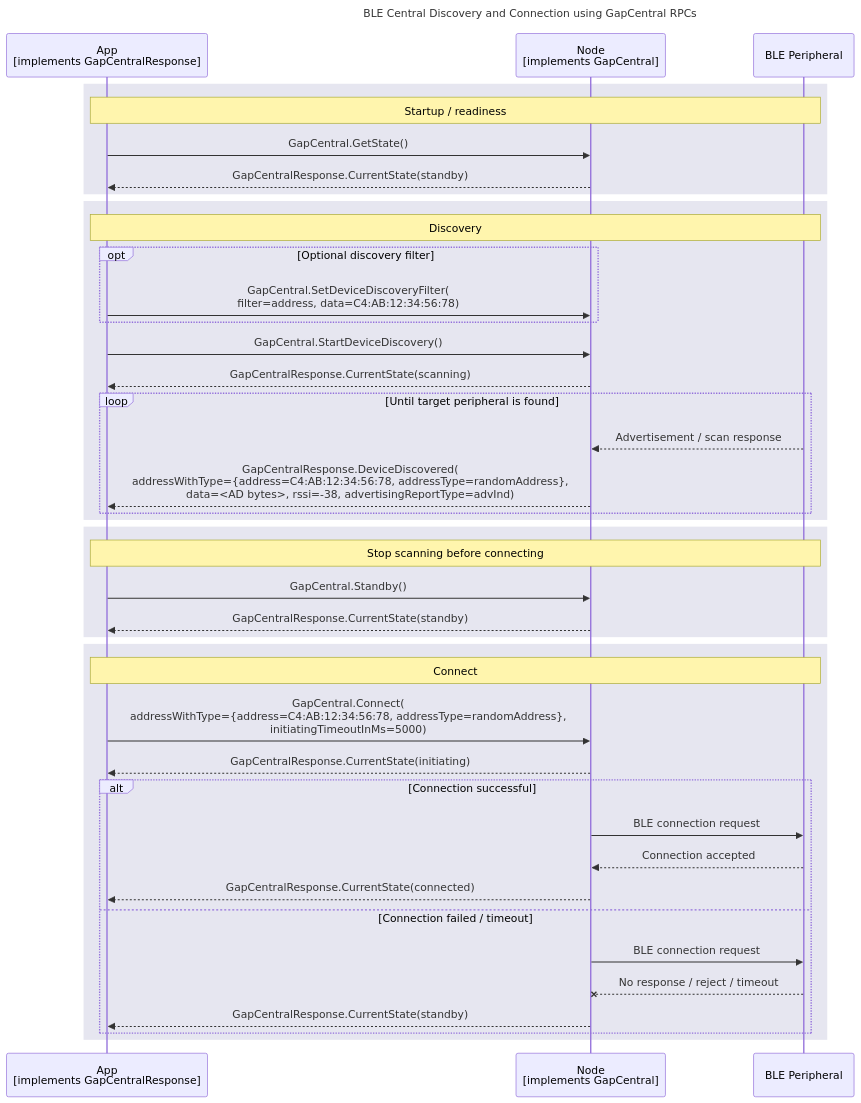
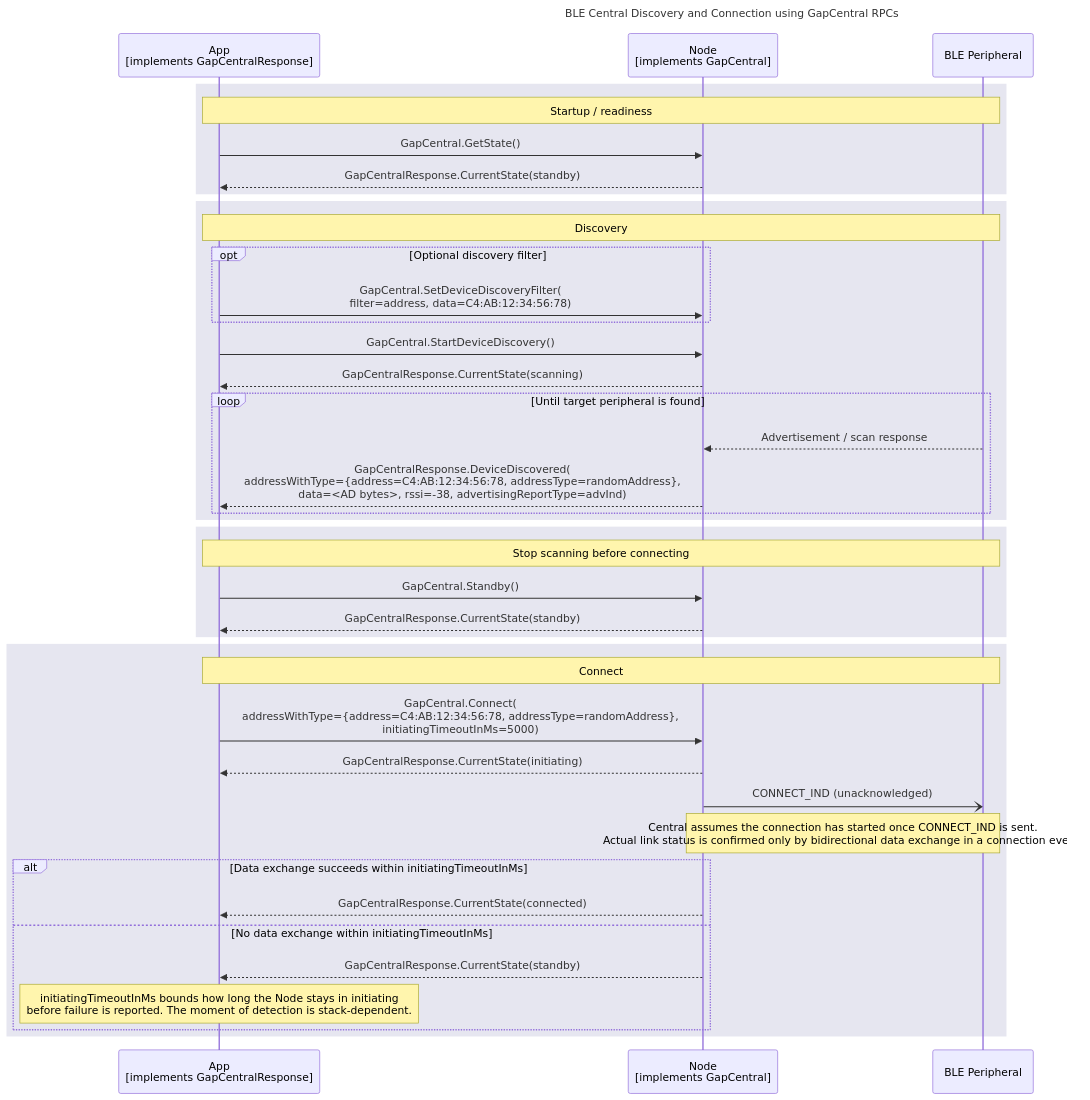
Before and after one commit to philips-software/amp-embedded-infra-lib: the diagram in documents/modules/ROOT/partials/echoservices/gap_central/GapCentral_DiscoveryAndConnection_sequence.mmd, drawn with Mermaid. The commit also changed 5 other files, not shown here.

Commit message:
CONNECT_IND assumption when connected

```diff
--- a/documents/modules/ROOT/partials/echoservices/gap_central/GapCentral_DiscoveryAndConnection_sequence.mmd
+++ b/documents/modules/ROOT/partials/echoservices/gap_central/GapCentral_DiscoveryAndConnection_sequence.mmd
@@ -1,48 +1,48 @@
 sequenceDiagram
     title BLE Central Discovery and Connection using GapCentral RPCs
 
     participant App as App<br>[implements GapCentralResponse]
     participant Node as Node<br>[implements GapCentral]
     participant Peripheral as BLE Peripheral
 
     rect rgb(230, 230, 240)
         note over App, Peripheral: Startup / readiness
         App->>Node: GapCentral.GetState()
         Node-->>App: GapCentralResponse.CurrentState(standby)
     end
 
     rect rgb(230, 230, 240)
         note over App, Peripheral: Discovery
         opt Optional discovery filter
             App->>Node: GapCentral.SetDeviceDiscoveryFilter(<br>filter=address, data=C4:AB:12:34:56:78)
         end
         App->>Node: GapCentral.StartDeviceDiscovery()
         Node-->>App: GapCentralResponse.CurrentState(scanning)
 
         loop Until target peripheral is found
             Peripheral-->>Node: Advertisement / scan response
             Node-->>App: GapCentralResponse.DeviceDiscovered(<br>addressWithType={address=C4:AB:12:34:56:78, addressType=randomAddress},<br>data=<AD bytes>, rssi=-38, advertisingReportType=advInd)
         end
     end
 
     rect rgb(230, 230, 240)
         note over App, Peripheral: Stop scanning before connecting
         App->>Node: GapCentral.Standby()
         Node-->>App: GapCentralResponse.CurrentState(standby)
     end
 
     rect rgb(230, 230, 240)
         note over App, Peripheral: Connect
         App->>Node: GapCentral.Connect(<br>addressWithType={address=C4:AB:12:34:56:78, addressType=randomAddress},<br>initiatingTimeoutInMs=5000)
         Node-->>App: GapCentralResponse.CurrentState(initiating)
 
-        alt Connection successful
-            Node->>Peripheral: BLE connection request
-            Peripheral-->>Node: Connection accepted
+        Node-)Peripheral: CONNECT_IND (unacknowledged)
+        Note over Node, Peripheral: Central assumes the connection has started once CONNECT_IND is sent.<br>Actual link status is confirmed only by bidirectional data exchange in a connection event.
+
+        alt Data exchange succeeds within initiatingTimeoutInMs
             Node-->>App: GapCentralResponse.CurrentState(connected)
-        else Connection failed / timeout
-            Node->>Peripheral: BLE connection request
-            Peripheral--xNode: No response / reject / timeout
+        else No data exchange within initiatingTimeoutInMs
             Node-->>App: GapCentralResponse.CurrentState(standby)
+            Note over App: initiatingTimeoutInMs bounds how long the Node stays in initiating<br>before failure is reported. The moment of detection is stack-dependent.
         end
     end
```
